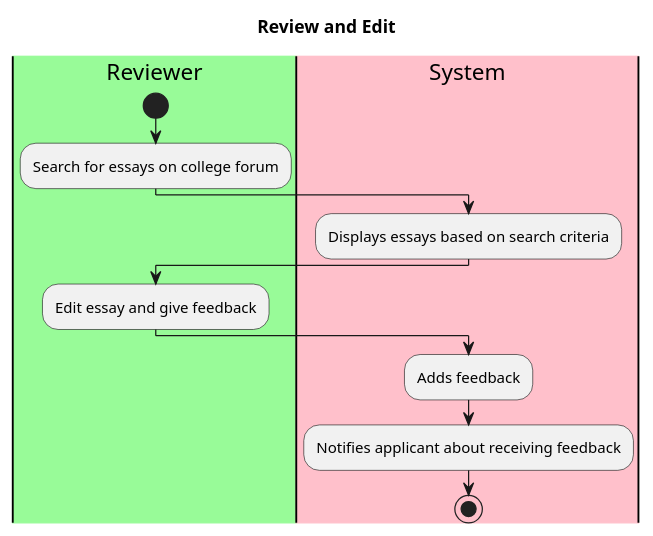
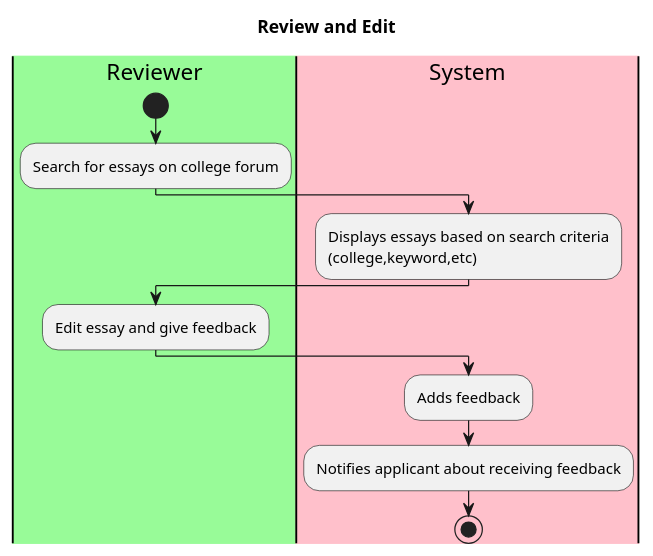
The diagram in intellij/use-cases/reviewessays.md (jlederer33/Essay-Review-App), drawn with PlantUML before and after one commit.

Commit message:
edited review essays to include search terms

````diff
--- a/intellij/use-cases/reviewessays.md
+++ b/intellij/use-cases/reviewessays.md
@@ -1,18 +1,19 @@
 ```plantuml
 title Review and Edit
 
 |#palegreen|Reviewer|
 |#pink|System|
 
 |Reviewer|
 start
 :Search for essays on college forum;
 |System|
-:Displays essays based on search criteria;
+:Displays essays based on search criteria
+(college,keyword,etc);
 |Reviewer|
 :Edit essay and give feedback;
 |System|
 :Adds feedback;
 :Notifies applicant about receiving feedback;
 stop
 ```
````
